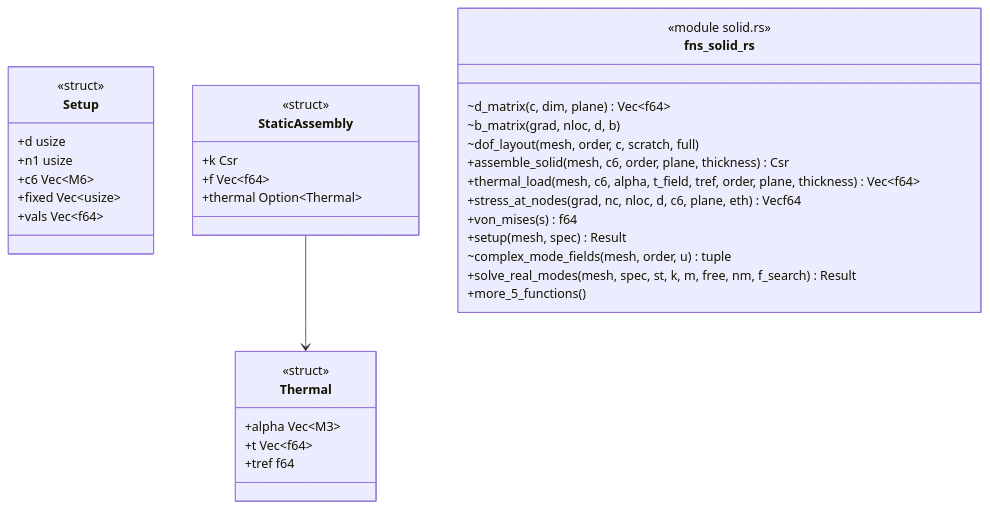
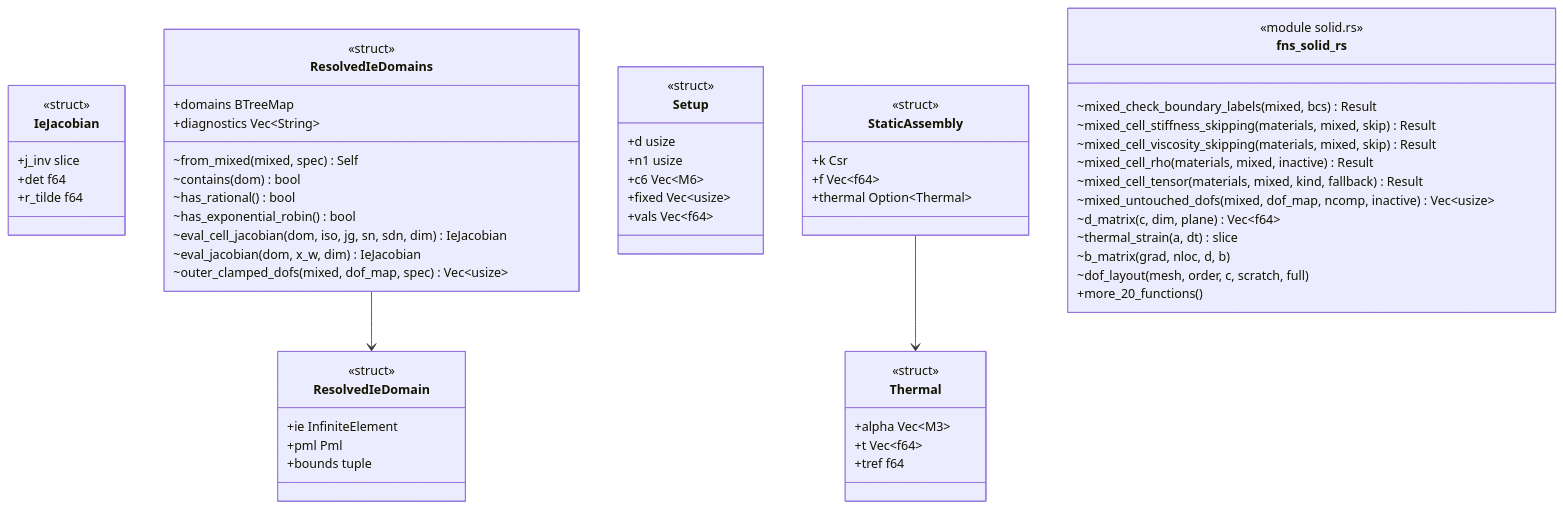
The diagram in docs/architecture/c4/4-code/sms/solid.md (p-j-r/nyx), drawn with Mermaid before and after one commit. The commit also changed other lines of this file and 110 other files, not shown here.

````diff
--- a/docs/architecture/c4/4-code/sms/solid.md
+++ b/docs/architecture/c4/4-code/sms/solid.md
@@ -42,38 +43,63 @@
 ```mermaid
 classDiagram
+  class IeJacobian {
+      <<struct>>
+      +j_inv slice
+      +det f64
+      +r_tilde f64
+  }
+  class ResolvedIeDomain {
+      <<struct>>
+      +ie InfiniteElement
+      +pml Pml
+      +bounds tuple
+  }
+  class ResolvedIeDomains {
+      <<struct>>
+      +domains BTreeMap
+      +diagnostics Vec~String~
+      ~from_mixed(mixed, spec) Self
+      ~contains(dom) bool
+      ~has_rational() bool
+      ~has_exponential_robin() bool
+      ~eval_cell_jacobian(dom, iso, jg, sn, sdn, dim) IeJacobian
+      ~eval_jacobian(dom, x_w, dim) IeJacobian
+      ~outer_clamped_dofs(mixed, dof_map, spec) Vec~usize~
+  }
   class Setup {
       <<struct>>
       +d usize
       +n1 usize
       +c6 Vec~M6~
       +fixed Vec~usize~
       +vals Vec~f64~
   }
   class Thermal {
       <<struct>>
       +alpha Vec~M3~
       +t Vec~f64~
       +tref f64
   }
   class StaticAssembly {
       <<struct>>
       +k Csr
       +f Vec~f64~
       +thermal Option~Thermal~
   }
   class fns_solid_rs {
       <<module solid.rs>>
+      ~mixed_check_boundary_labels(mixed, bcs) Result
+      ~mixed_cell_stiffness_skipping(materials, mixed, skip) Result
+      ~mixed_cell_viscosity_skipping(materials, mixed, skip) Result
+      ~mixed_cell_rho(materials, mixed, inactive) Result
+      ~mixed_cell_tensor(materials, mixed, kind, fallback) Result
+      ~mixed_untouched_dofs(mixed, dof_map, ncomp, inactive) Vec~usize~
       ~d_matrix(c, dim, plane) Vec~f64~
+      ~thermal_strain(a, dt) slice
       ~b_matrix(grad, nloc, d, b)
       ~dof_layout(mesh, order, c, scratch, full)
-      +assemble_solid(mesh, c6, order, plane, thickness) Csr
-      +thermal_load(mesh, c6, alpha, t_field, tref, order, plane, thickness) Vec~f64~
-      +stress_at_nodes(grad, nc, nloc, d, c6, plane, eth) Vecf64
-      +von_mises(s) f64
-      +setup(mesh, spec) Result
-      ~complex_mode_fields(mesh, order, u) tuple
-      +solve_real_modes(mesh, spec, st, k, m, free, nm, f_search) Result
-      +more_5_functions()
+      +more_20_functions()
   }
+  ResolvedIeDomains --> ResolvedIeDomain
   StaticAssembly --> Thermal
 ```
````
